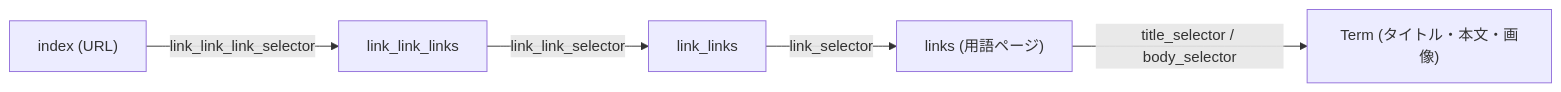
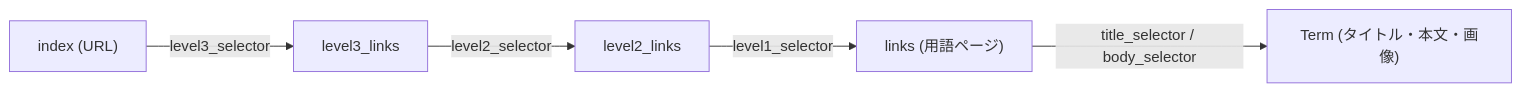
Before and after one commit to misogihagi/data-cleanser-rs: the first of 3 diagrams in docs/flows.md, drawn with Mermaid. The commit also changed other lines of this file and 5 other files, not shown here.

````diff
--- a/docs/flows.md
+++ b/docs/flows.md
@@ -24,7 +24,7 @@
 ```mermaid
 graph LR
-    Index["index (URL)"] -->|link_link_link_selector| LLL["link_link_links"]
-    LLL -->|link_link_selector| LL["link_links"]
-    LL -->|link_selector| L["links (用語ページ)"]
+    Index["index (URL)"] -->|level3_selector| LLL["level3_links"]
+    LLL -->|level2_selector| LL["level2_links"]
+    LL -->|level1_selector| L["links (用語ページ)"]
     L -->|title_selector / body_selector| T["Term (タイトル・本文・画像)"]
 ```
````
